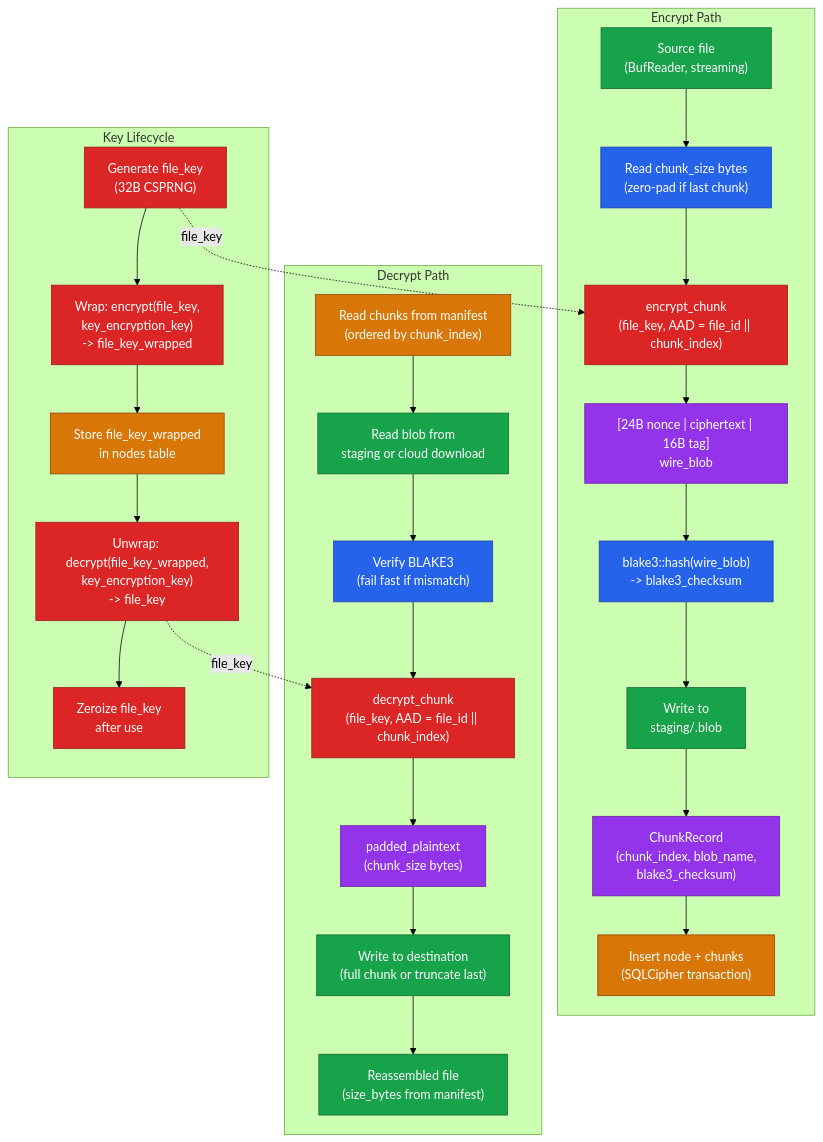
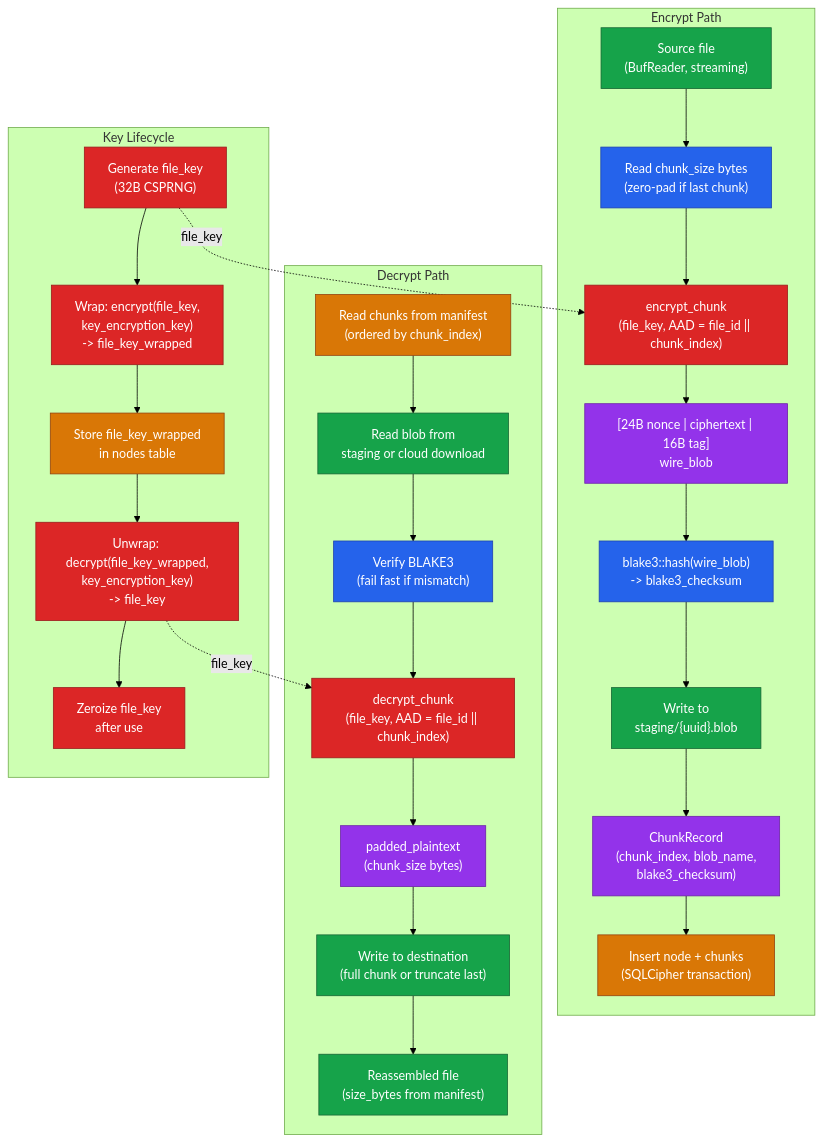
The diagram in docs/architecture/designs/chunking-and-manifest/diagrams/chunk-pipeline.md (salgaard/arx-runa), drawn with Mermaid (forest theme) before and after one commit. The commit also changed 28 other files, not shown here.

````diff
--- a/docs/architecture/designs/chunking-and-manifest/diagrams/chunk-pipeline.md
+++ b/docs/architecture/designs/chunking-and-manifest/diagrams/chunk-pipeline.md
@@ -6,47 +6,47 @@
 ```mermaid
 flowchart TD
     subgraph ENCRYPT ["Encrypt Path"]
-        E1["Source file\n(BufReader, streaming)"]:::io
-        E2["Read chunk_size bytes\n(zero-pad if last chunk)"]:::proc
-        E3["encrypt_chunk\n(file_key, AAD = file_id || chunk_index)"]:::crypto
-        E4["[24B nonce | ciphertext | 16B tag]\nwire_blob"]:::data
-        E5["blake3::hash(wire_blob)\n-&gt; blake3_checksum"]:::proc
-        E6["Write to\nstaging/<uuid>.blob"]:::io
-        E7["ChunkRecord\n(chunk_index, blob_name,\nblake3_checksum)"]:::data
-        E8["Insert node + chunks\n(SQLCipher transaction)"]:::db
+        E1["Source file<br/>(BufReader, streaming)"]:::io
+        E2["Read chunk_size bytes<br/>(zero-pad if last chunk)"]:::proc
+        E3["encrypt_chunk<br/>(file_key, AAD = file_id || chunk_index)"]:::crypto
+        E4["[24B nonce | ciphertext | 16B tag]<br/>wire_blob"]:::data
+        E5["blake3::hash(wire_blob)<br/>-> blake3_checksum"]:::proc
+        E6["Write to<br/>staging/{uuid}.blob"]:::io
+        E7["ChunkRecord<br/>(chunk_index, blob_name,<br/>blake3_checksum)"]:::data
+        E8["Insert node + chunks<br/>(SQLCipher transaction)"]:::db
     end
 
     subgraph DECRYPT ["Decrypt Path"]
-        D1["Read chunks from manifest\n(ordered by chunk_index)"]:::db
-        D2["Read blob from\nstaging or cloud download"]:::io
-        D3["Verify BLAKE3\n(fail fast if mismatch)"]:::proc
-        D4["decrypt_chunk\n(file_key, AAD = file_id || chunk_index)"]:::crypto
-        D5["padded_plaintext\n(chunk_size bytes)"]:::data
-        D6["Write to destination\n(full chunk or truncate last)"]:::io
-        D7["Reassembled file\n(size_bytes from manifest)"]:::io
+        D1["Read chunks from manifest<br/>(ordered by chunk_index)"]:::db
+        D2["Read blob from<br/>staging or cloud download"]:::io
+        D3["Verify BLAKE3<br/>(fail fast if mismatch)"]:::proc
+        D4["decrypt_chunk<br/>(file_key, AAD = file_id || chunk_index)"]:::crypto
+        D5["padded_plaintext<br/>(chunk_size bytes)"]:::data
+        D6["Write to destination<br/>(full chunk or truncate last)"]:::io
+        D7["Reassembled file<br/>(size_bytes from manifest)"]:::io
     end
 
     subgraph KEYS ["Key Lifecycle"]
-        K1["Generate file_key\n(32B CSPRNG)"]:::crypto
-        K2["Wrap: encrypt(file_key,\nkey_encryption_key)\n-&gt; file_key_wrapped"]:::crypto
-        K3["Store file_key_wrapped\nin nodes table"]:::db
-        K4["Unwrap: decrypt(file_key_wrapped,\nkey_encryption_key)\n-&gt; file_key"]:::crypto
-        K5["Zeroize file_key\nafter use"]:::crypto
+        K1["Generate file_key<br/>(32B CSPRNG)"]:::crypto
+        K2["Wrap: encrypt(file_key,<br/>key_encryption_key)<br/>-> file_key_wrapped"]:::crypto
+        K3["Store file_key_wrapped<br/>in nodes table"]:::db
+        K4["Unwrap: decrypt(file_key_wrapped,<br/>key_encryption_key)<br/>-> file_key"]:::crypto
+        K5["Zeroize file_key<br/>after use"]:::crypto
     end
 
     K1 --> K2 --> K3
     K3 --> K4 --> K5
 
     E1 --> E2 --> E3
     K1 -.->|file_key| E3
     E3 --> E4 --> E5 --> E6 --> E7 --> E8
 
     D1 --> D2 --> D3 --> D4 --> D5 --> D6 --> D7
     K4 -.->|file_key| D4
 
     classDef io fill:#16a34a,stroke:#166534,color:#fff
     classDef proc fill:#2563eb,stroke:#1e40af,color:#fff
     classDef crypto fill:#dc2626,stroke:#991b1b,color:#fff
     classDef data fill:#9333ea,stroke:#6b21a8,color:#fff
     classDef db fill:#d97706,stroke:#92400e,color:#fff
 ```
````
